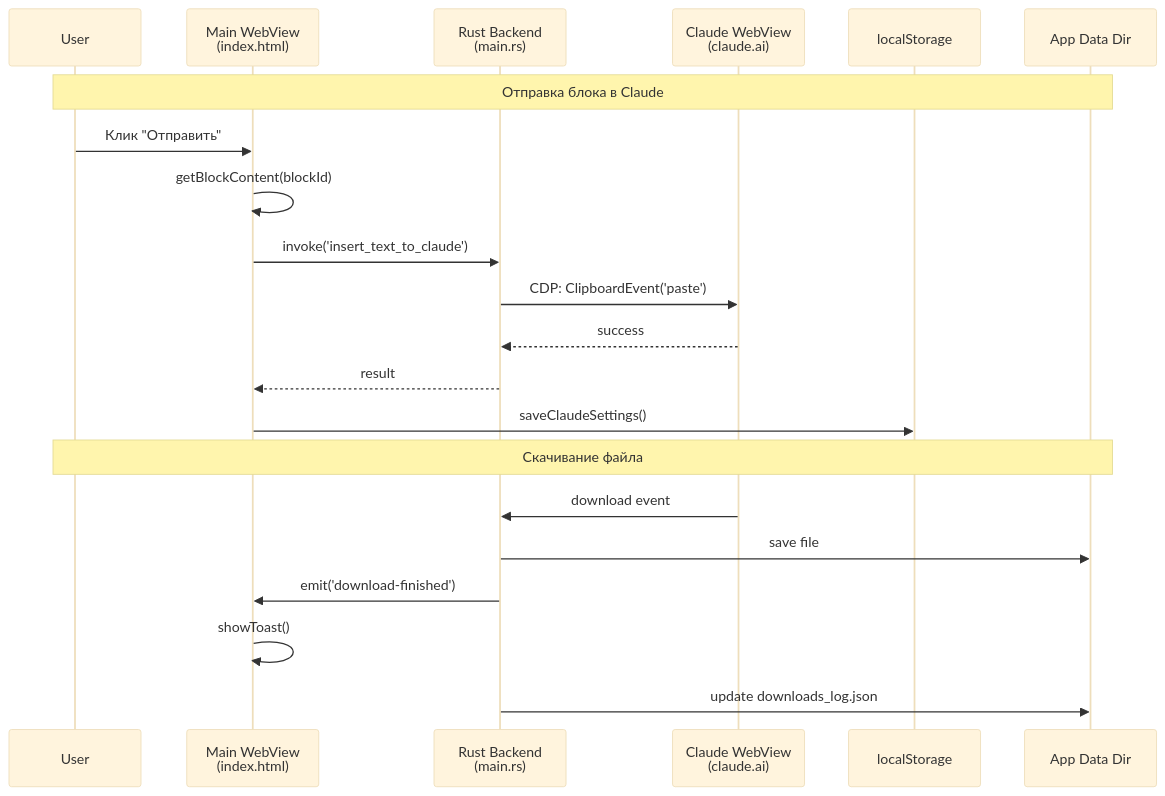
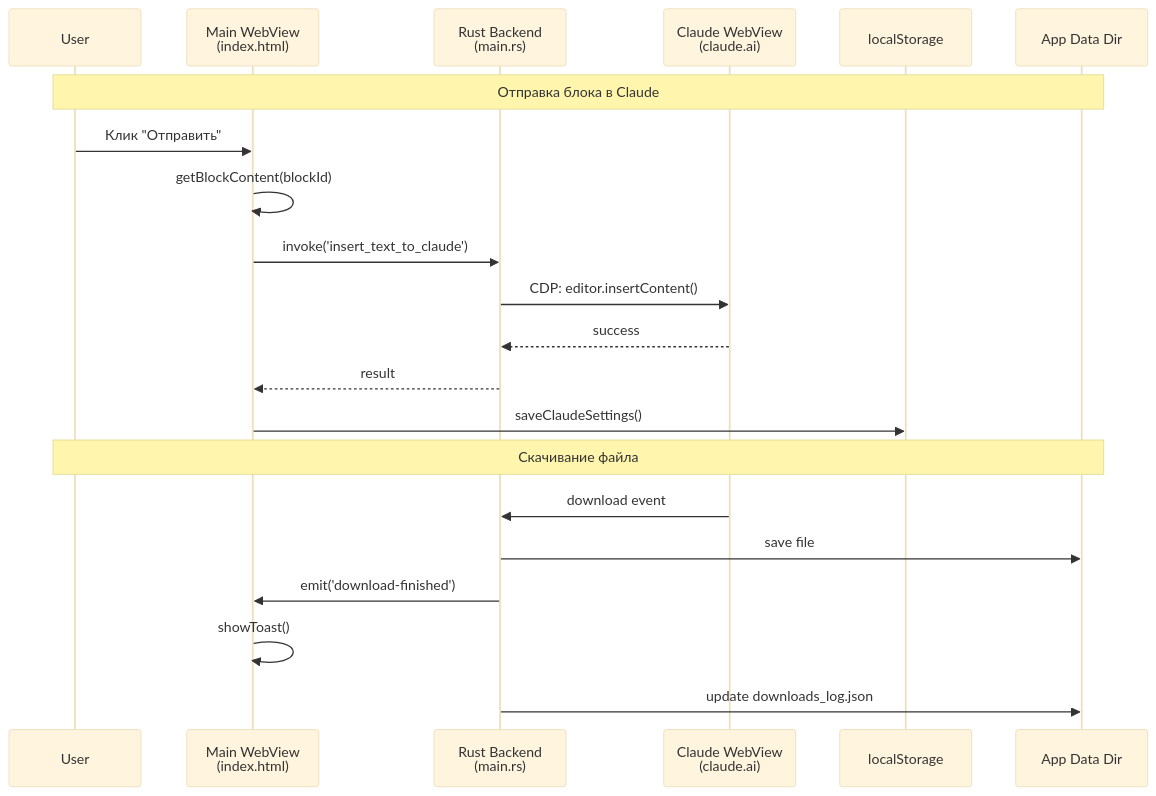
The diagram in docs/01-OVERVIEW.md (IllWicked/ai-prompts-manager), drawn with Mermaid (base theme) before and after one commit. The commit also changed other lines of this file and 79 other files, not shown here.

````diff
--- a/docs/01-OVERVIEW.md
+++ b/docs/01-OVERVIEW.md
@@ -116,25 +122,25 @@
 ```mermaid
 sequenceDiagram
     participant User
     participant UI as Main WebView<br/>(index.html)
     participant Tauri as Rust Backend<br/>(main.rs)
     participant Claude as Claude WebView<br/>(claude.ai)
     participant LS as localStorage
     participant AD as App Data Dir
 
     Note over User,AD: Отправка блока в Claude
     User->>UI: Клик "Отправить"
     UI->>UI: getBlockContent(blockId)
     UI->>Tauri: invoke('insert_text_to_claude')
-    Tauri->>Claude: CDP: ClipboardEvent('paste')
+    Tauri->>Claude: CDP: editor.insertContent()
     Claude-->>Tauri: success
     Tauri-->>UI: result
     UI->>LS: saveClaudeSettings()
     
     Note over User,AD: Скачивание файла
     Claude->>Tauri: download event
     Tauri->>AD: save file
     Tauri->>UI: emit('download-finished')
     UI->>UI: showToast()
     Tauri->>AD: update downloads_log.json
 ```
````
